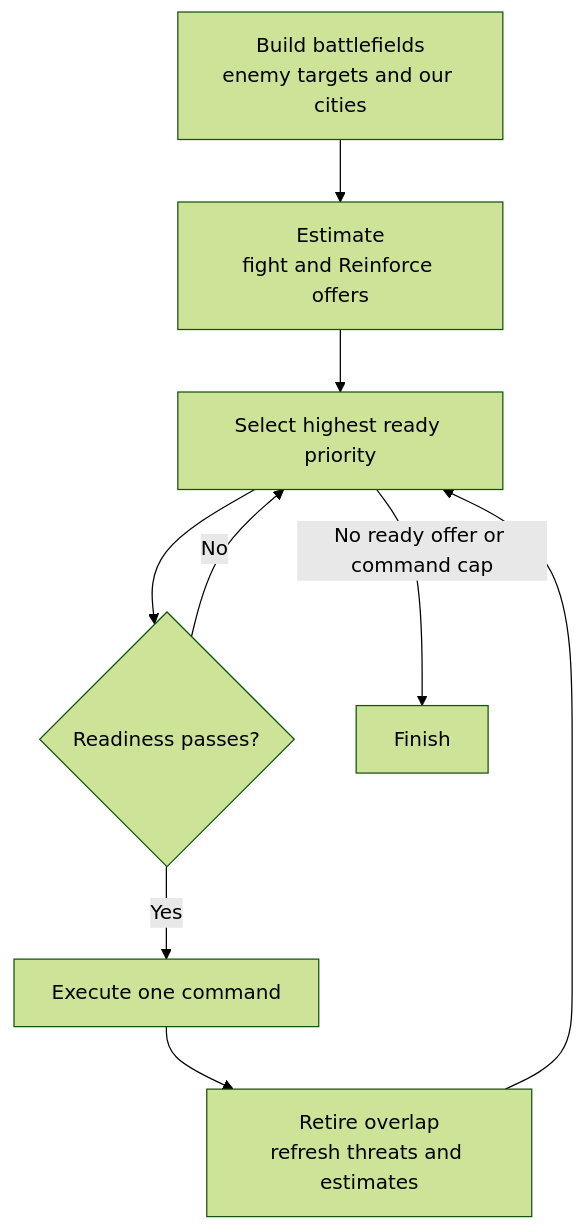
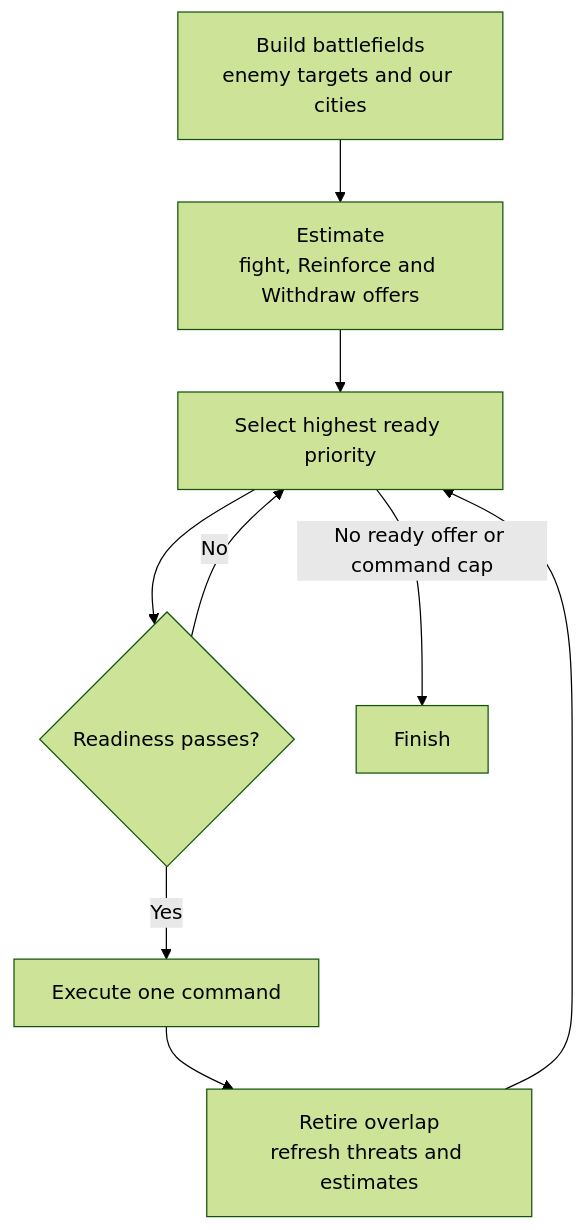
The diagram in docs/developers/civ5-dll/unit-ai/commands/overview.md (vox-deorum/vox-deorum), drawn with Mermaid (forest theme) before and after one commit. The commit also changed other lines of this file and 28 other files, not shown here.

````diff
--- a/docs/developers/civ5-dll/unit-ai/commands/overview.md
+++ b/docs/developers/civ5-dll/unit-ai/commands/overview.md
@@ -5,11 +5,11 @@
 ```mermaid
 flowchart TD
-    B["Build battlefields<br/>enemy targets and our cities"] --> E["Estimate<br/>fight and Reinforce offers"]
+    B["Build battlefields<br/>enemy targets and our cities"] --> E["Estimate<br/>fight, Reinforce and Withdraw offers"]
     E --> S["Select highest ready priority"]
     S --> C{"Readiness passes?"}
     C -->|No| S
     C -->|Yes| X["Execute one command"]
     X --> R["Retire overlap<br/>refresh threats and estimates"]
     R --> S
     S -->|No ready offer or command cap| F["Finish"]
 ```
````
